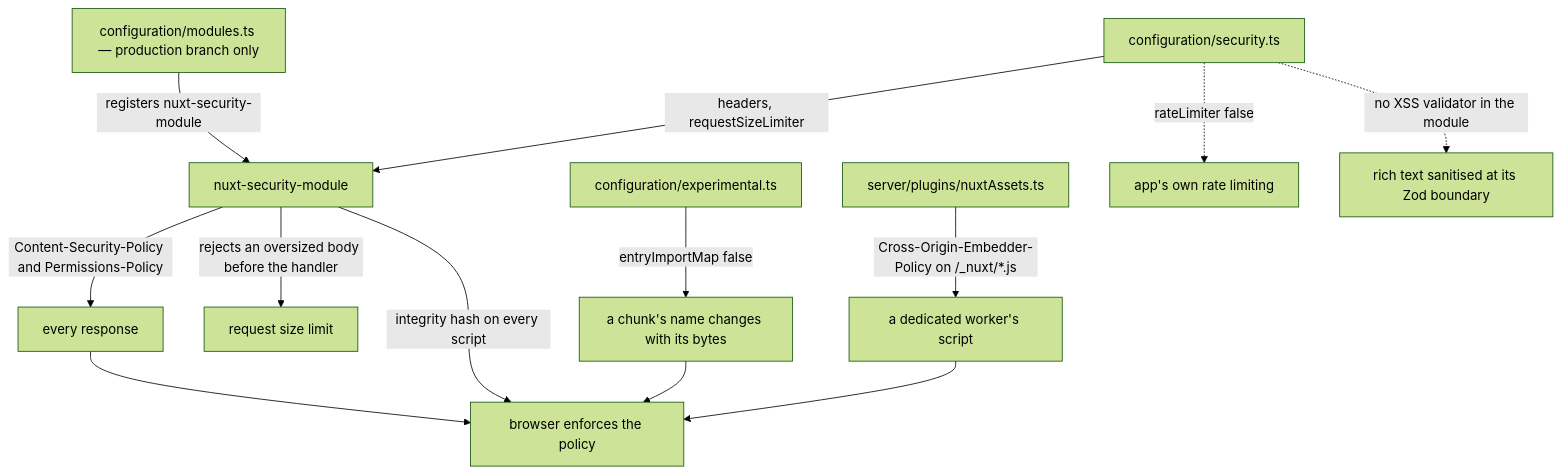
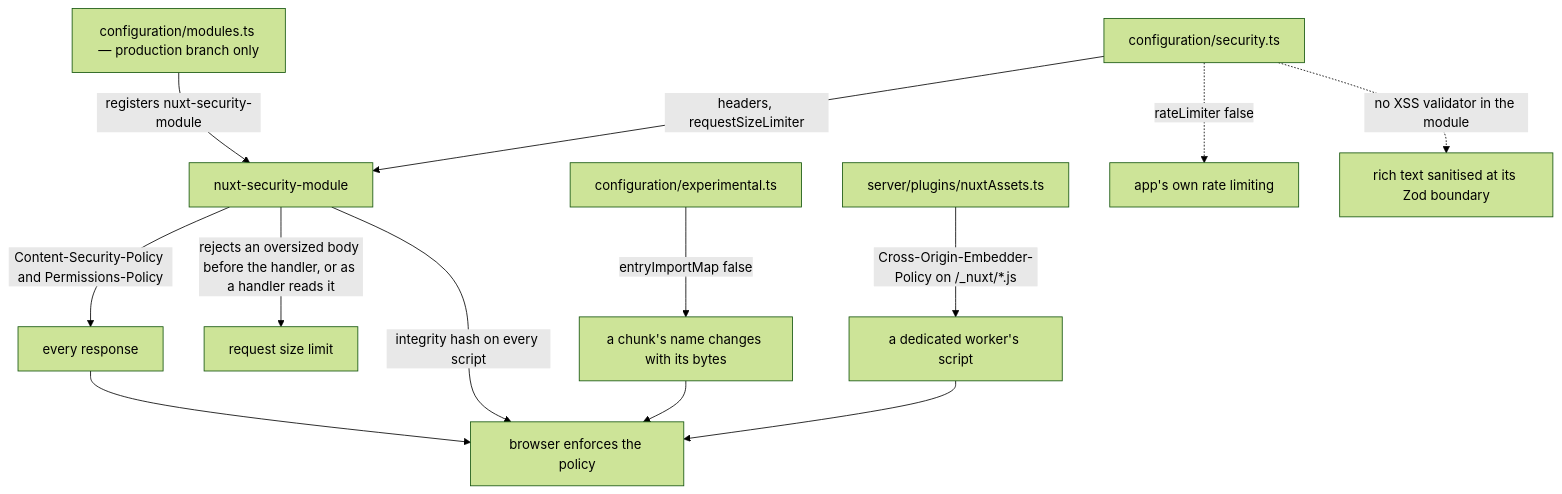
One commit to Esposter/Esposter changed the diagram in openspec/specs/architecture/security-posture/design.md. Above: the diagram before and after it, drawn with Mermaid (forest theme). The commit also changed 2 other files, not shown here.

Commit message:
docs(openspec): an undeclared request body is refused as it is read, not before the handler
The size requirements said an oversized body is refused before any handler reads it. That holds for a body that
declares its length. A body with no Content-Length is counted as a handler reads it, so its refusal comes on read.
The security-posture requirement is retitled to match, and its flow edge says both.

Claude-Session: https://claude.ai/code/session_0145sUFiAnAGbf1eSDMLedDh

````diff
--- a/openspec/specs/architecture/security-posture/design.md
+++ b/openspec/specs/architecture/security-posture/design.md
@@ -9,15 +9,15 @@
 ```mermaid
 flowchart TD
   modules["configuration/modules.ts — production branch only"] -->|"registers nuxt-security-module"| module["nuxt-security-module"]
   config["configuration/security.ts"] -->|"headers, requestSizeLimiter"| module
   module -->|"Content-Security-Policy and Permissions-Policy"| response["every response"]
-  module -->|"rejects an oversized body before the handler"| upload["request size limit"]
+  module -->|"rejects an oversized body before the handler, or as a handler reads it"| upload["request size limit"]
   response --> browser["browser enforces the policy"]
   module -->|"integrity hash on every script"| browser
   experimental["configuration/experimental.ts"] -->|"entryImportMap false"| names["a chunk's name changes with its bytes"]
   names --> browser
   assetHook["server/plugins/nuxtAssets.ts"] -->|"Cross-Origin-Embedder-Policy on /_nuxt/*.js"| worker["a dedicated worker's script"]
   worker --> browser
   config -.->|"rateLimiter false"| rate["app's own rate limiting"]
   config -.->|"no XSS validator in the module"| xss["rich text sanitised at its Zod boundary"]
 ```
````
